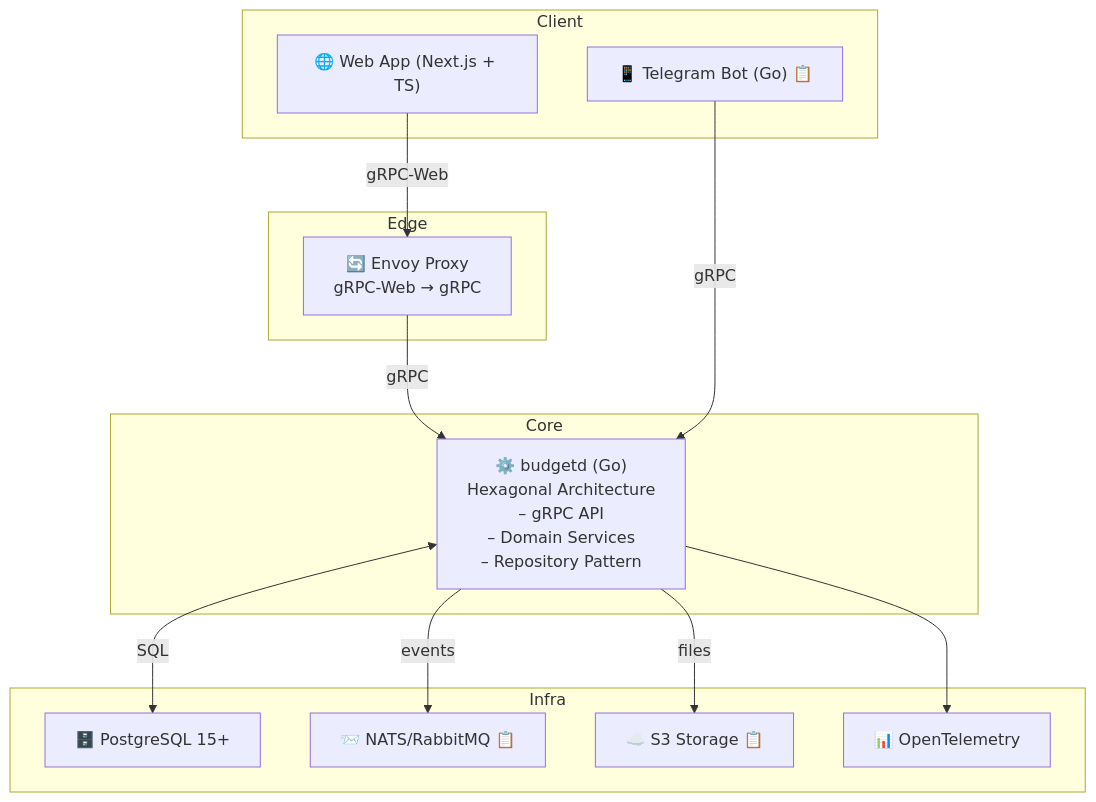
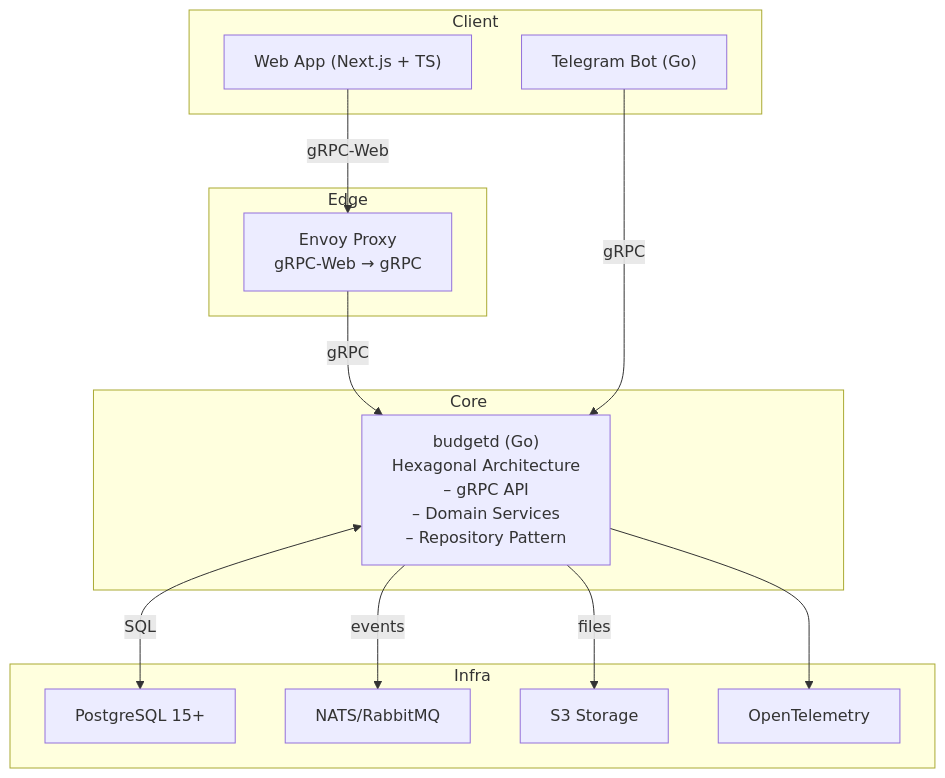
One commit to positron48/budget changed the diagram in README.md. Above: the diagram before and after it, drawn with Mermaid. The commit also changed other lines of this file and 1 other file, not shown here.

Commit message:
license && readme updates

````diff
--- a/README.md
+++ b/README.md
@@ -114,29 +114,29 @@
 ```mermaid
 flowchart TB
   subgraph Client
-    Web["🌐 Web App (Next.js + TS)"]
-    TG["📱 Telegram Bot (Go) 📋"]
+    Web["Web App (Next.js + TS)"]
+    TG["Telegram Bot (Go)"]
   end
 
   subgraph Edge
-    Envoy["🔄 Envoy Proxy<br/>gRPC-Web → gRPC"]
+    Envoy["Envoy Proxy<br/>gRPC-Web → gRPC"]
   end
 
   subgraph Core
-    Budgetd["⚙️ budgetd (Go)<br/>Hexagonal Architecture<br/>– gRPC API<br/>– Domain Services<br/>– Repository Pattern"]
+    Budgetd["budgetd (Go)<br/>Hexagonal Architecture<br/>– gRPC API<br/>– Domain Services<br/>– Repository Pattern"]
   end
 
   subgraph Infra
-    PG["🗄️ PostgreSQL 15+"]
-    MQ["📨 NATS/RabbitMQ 📋"]
-    S3["☁️ S3 Storage 📋"]
-    OTEL["📊 OpenTelemetry"]
+    PG["PostgreSQL 15+"]
+    MQ["NATS/RabbitMQ"]
+    S3["S3 Storage"]
+    OTEL["OpenTelemetry"]
   end
 
   Web -->|gRPC-Web| Envoy -->|gRPC| Budgetd
   TG -->|gRPC| Budgetd
   Budgetd <-->|SQL| PG
   Budgetd -->|events| MQ
   Budgetd -->|files| S3
   Budgetd --> OTEL
 ```
````
